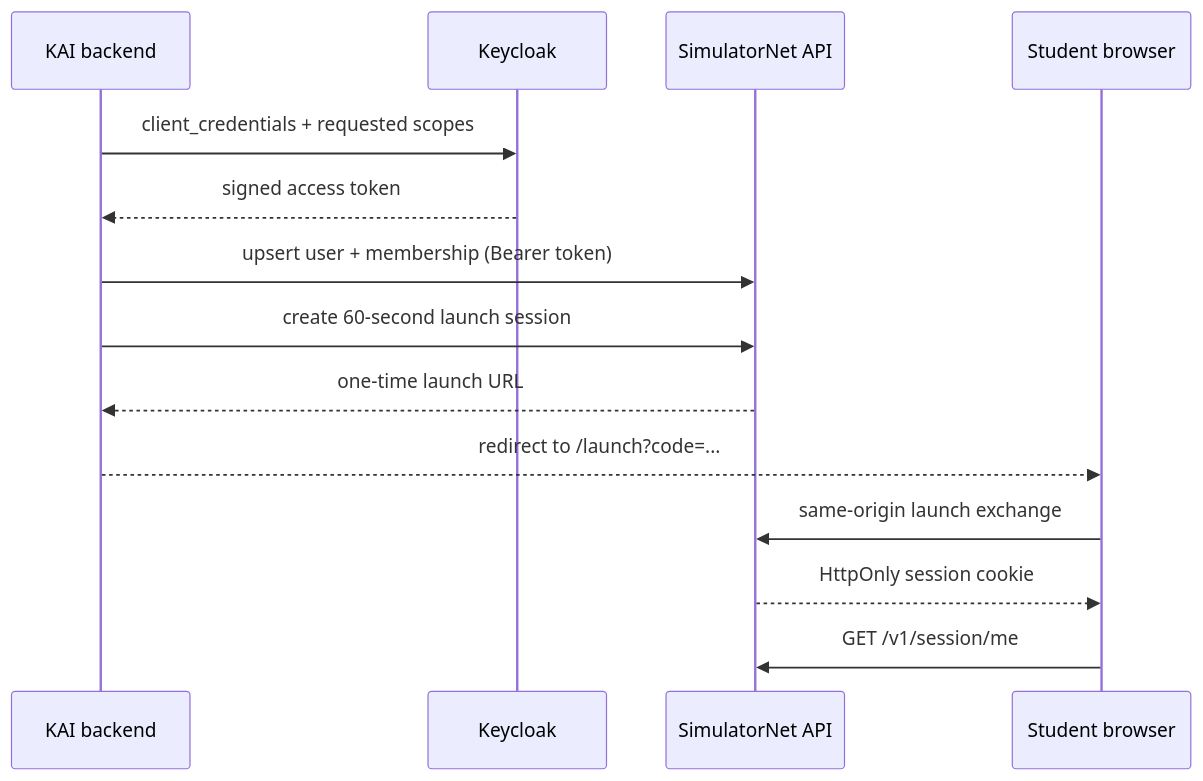
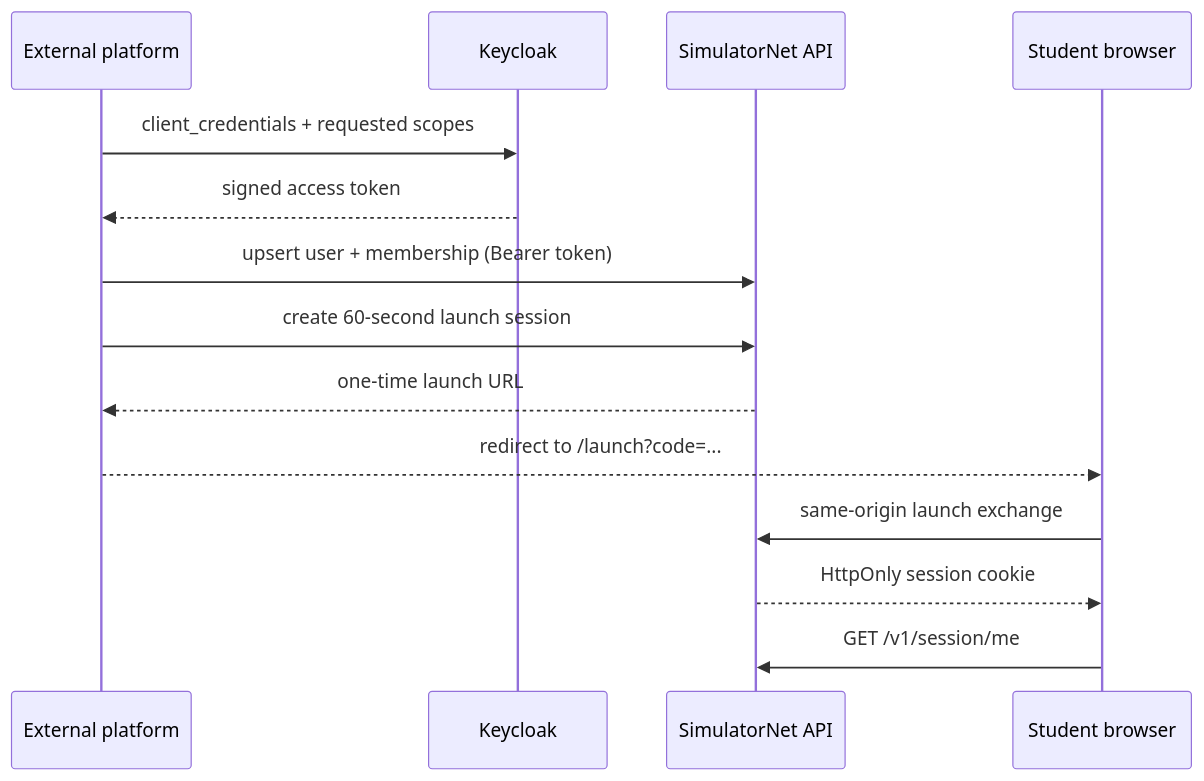
Before and after one commit to winux125/simulatorNet: the diagram in README.md, drawn with Mermaid. The commit also changed other lines of this file and 15 other files, not shown here.

````diff
--- a/README.md
+++ b/README.md
@@ -333,16 +333,16 @@
 ```mermaid
 sequenceDiagram
-  participant KAI as KAI backend
+  participant Platform as External platform
   participant KC as Keycloak
   participant API as SimulatorNet API
   participant Browser as Student browser
-  KAI->>KC: client_credentials + requested scopes
-  KC-->>KAI: signed access token
-  KAI->>API: upsert user + membership (Bearer token)
-  KAI->>API: create 60-second launch session
-  API-->>KAI: one-time launch URL
-  KAI-->>Browser: redirect to /launch?code=...
+  Platform->>KC: client_credentials + requested scopes
+  KC-->>Platform: signed access token
+  Platform->>API: upsert user + membership (Bearer token)
+  Platform->>API: create 60-second launch session
+  API-->>Platform: one-time launch URL
+  Platform-->>Browser: redirect to /launch?code=...
   Browser->>API: same-origin launch exchange
   API-->>Browser: HttpOnly session cookie
   Browser->>API: GET /v1/session/me
 ```
````
